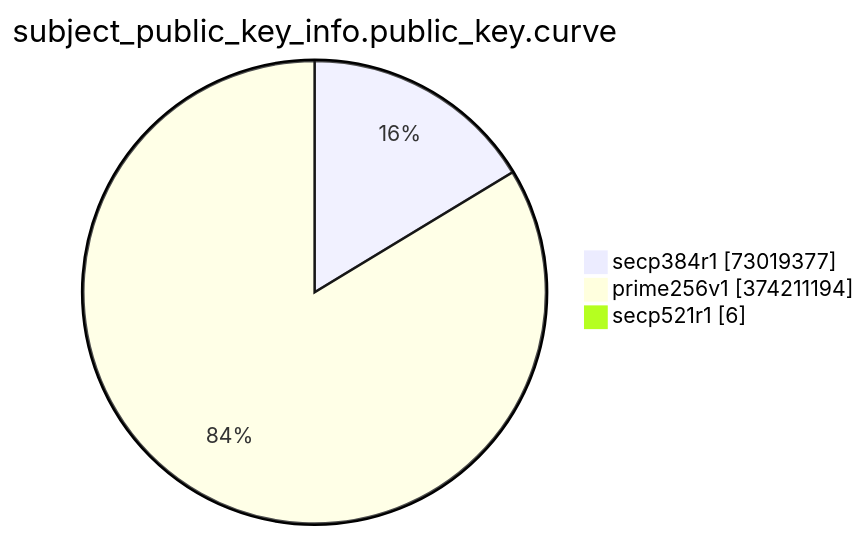
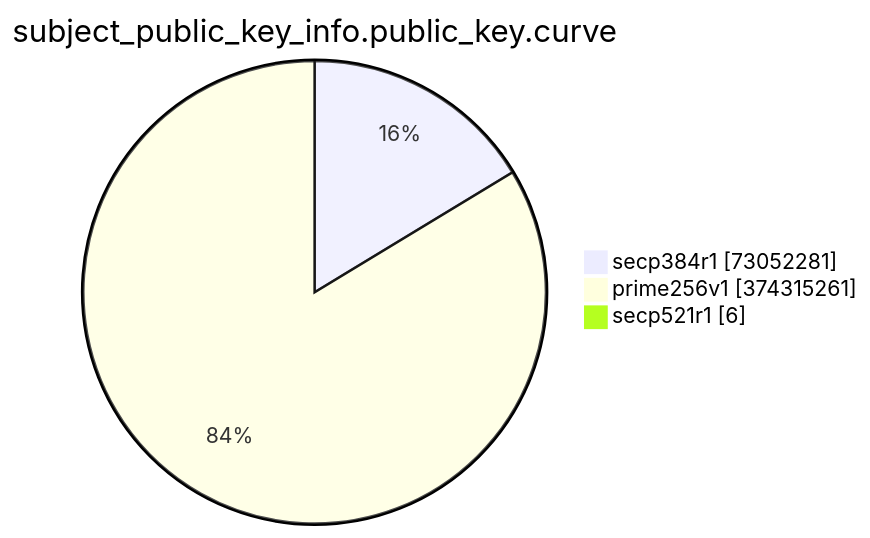
One commit to christiankrug/ctmonitor_visualization changed the eighth of 15 diagrams in TOTAL/README.md. Above: the diagram before and after it, drawn with Mermaid. The commit also changed other lines of this file, not shown here.

````diff
--- a/TOTAL/README.md
+++ b/TOTAL/README.md
@@ -3092,7 +3092,7 @@
 ```mermaid
 pie showData
 title subject_public_key_info.public_key.curve
-"secp384r1" :73019377
-"prime256v1" :374211194
+"secp384r1" :73052281
+"prime256v1" :374315261
 "secp521r1" :6
 ```
````
